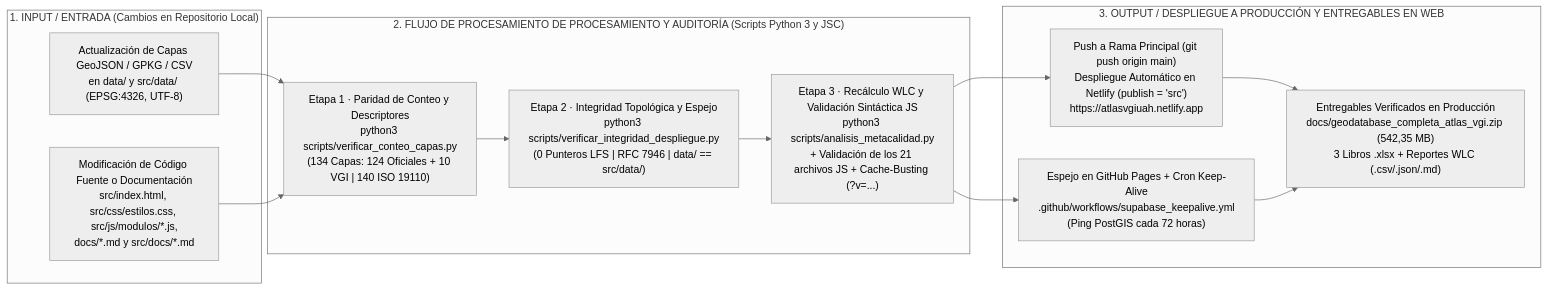
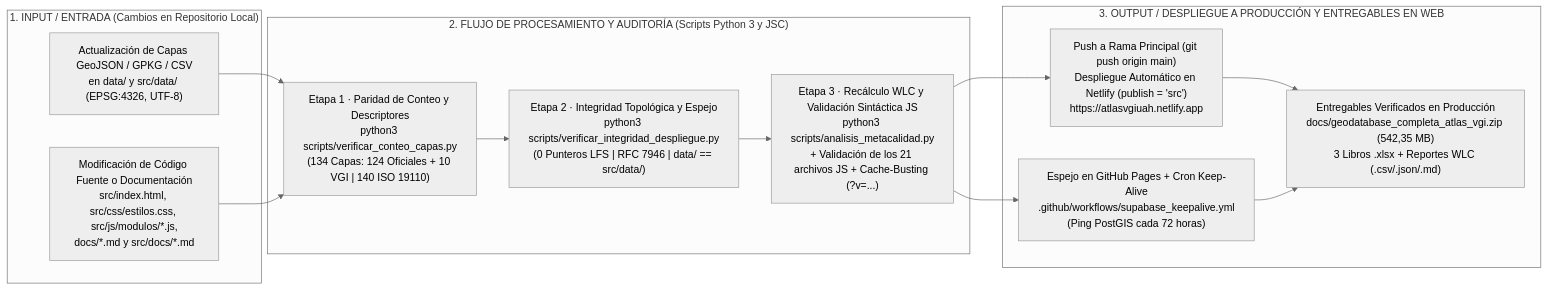
One commit to GEOJOTA/atlas-vgi-barrio-brasil changed the first of 2 diagrams in PROTOCOL_INTEGRIDAD_Y_DESPLIEGUE.md. Above: the diagram before and after it, drawn with Mermaid (neutral theme). The commit also changed 16 other files, not shown here.

Commit message:
docs: solucionar Unable to render rich display en diagramas y formulas de GitHub

````diff
--- a/PROTOCOL_INTEGRIDAD_Y_DESPLIEGUE.md
+++ b/PROTOCOL_INTEGRIDAD_Y_DESPLIEGUE.md
@@ -19,22 +19,22 @@
 ```mermaid
 flowchart LR
     subgraph IN["1. INPUT / ENTRADA (Cambios en Repositorio Local)"]
         E1["Actualización de Capas GeoJSON / GPKG / CSV<br/>en data/ y src/data/ (EPSG:4326, UTF-8)"]
         E2["Modificación de Código Fuente o Documentación<br/>src/index.html, src/css/estilos.css, src/js/modulos/*.js,<br/>docs/*.md y src/docs/*.md"]
     end
 
-    subgraph PROC["2. FLUJO DE PROCESAMIENTO DE PROCESAMIENTO Y AUDITORÍA (Scripts Python 3 y JSC)"]
+    subgraph PROC["2. FLUJO DE PROCESAMIENTO Y AUDITORÍA (Scripts Python 3 y JSC)"]
         V1["Etapa 1 · Paridad de Conteo y Descriptores<br/>python3 scripts/verificar_conteo_capas.py<br/>(134 Capas: 124 Oficiales + 10 VGI | 140 ISO 19110)"]
         V2["Etapa 2 · Integridad Topológica y Espejo<br/>python3 scripts/verificar_integridad_despliegue.py<br/>(0 Punteros LFS | RFC 7946 | data/ == src/data/)"]
         V3["Etapa 3 · Recálculo WLC y Validación Sintáctica JS<br/>python3 scripts/analisis_metacalidad.py<br/>+ Validación de los 21 archivos JS + Cache-Busting (?v=...)"]
     end
 
     subgraph OUT["3. OUTPUT / DESPLIEGUE A PRODUCCIÓN Y ENTREGABLES EN WEB"]
         D1["Push a Rama Principal (git push origin main)<br/>Despliegue Automático en Netlify (publish = 'src')<br/>https://atlasvgiuah.netlify.app"]
         D2["Espejo en GitHub Pages + Cron Keep-Alive<br/>.github/workflows/supabase_keepalive.yml<br/>(Ping PostGIS cada 72 horas)"]
         D3["Entregables Verificados en Producción<br/>docs/geodatabase_completa_atlas_vgi.zip (542,35 MB)<br/>3 Libros .xlsx + Reportes WLC (.csv/.json/.md)"]
     end
 
     E1 & E2 --> V1 --> V2 --> V3
     V3 --> D1 & D2 --> D3
 ```
````
